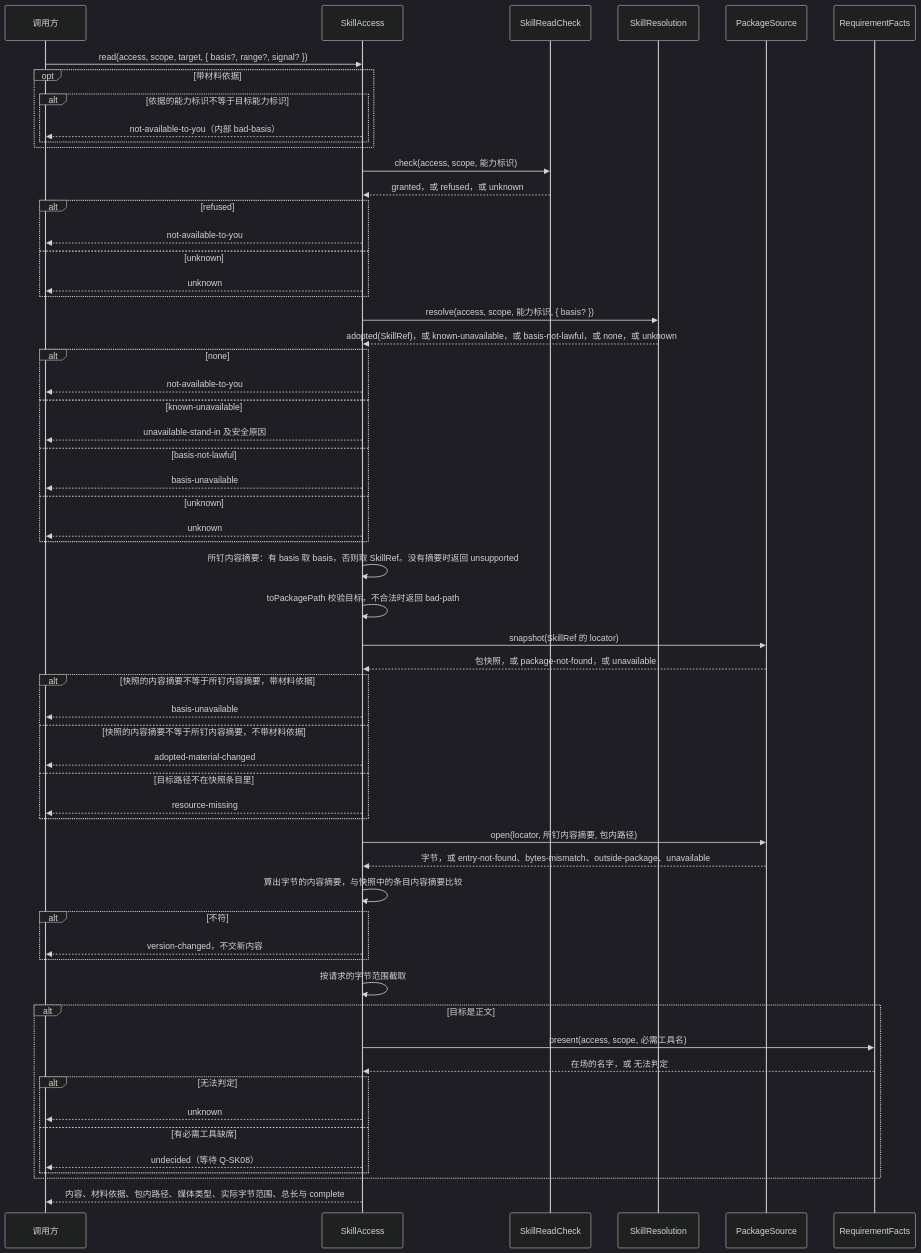
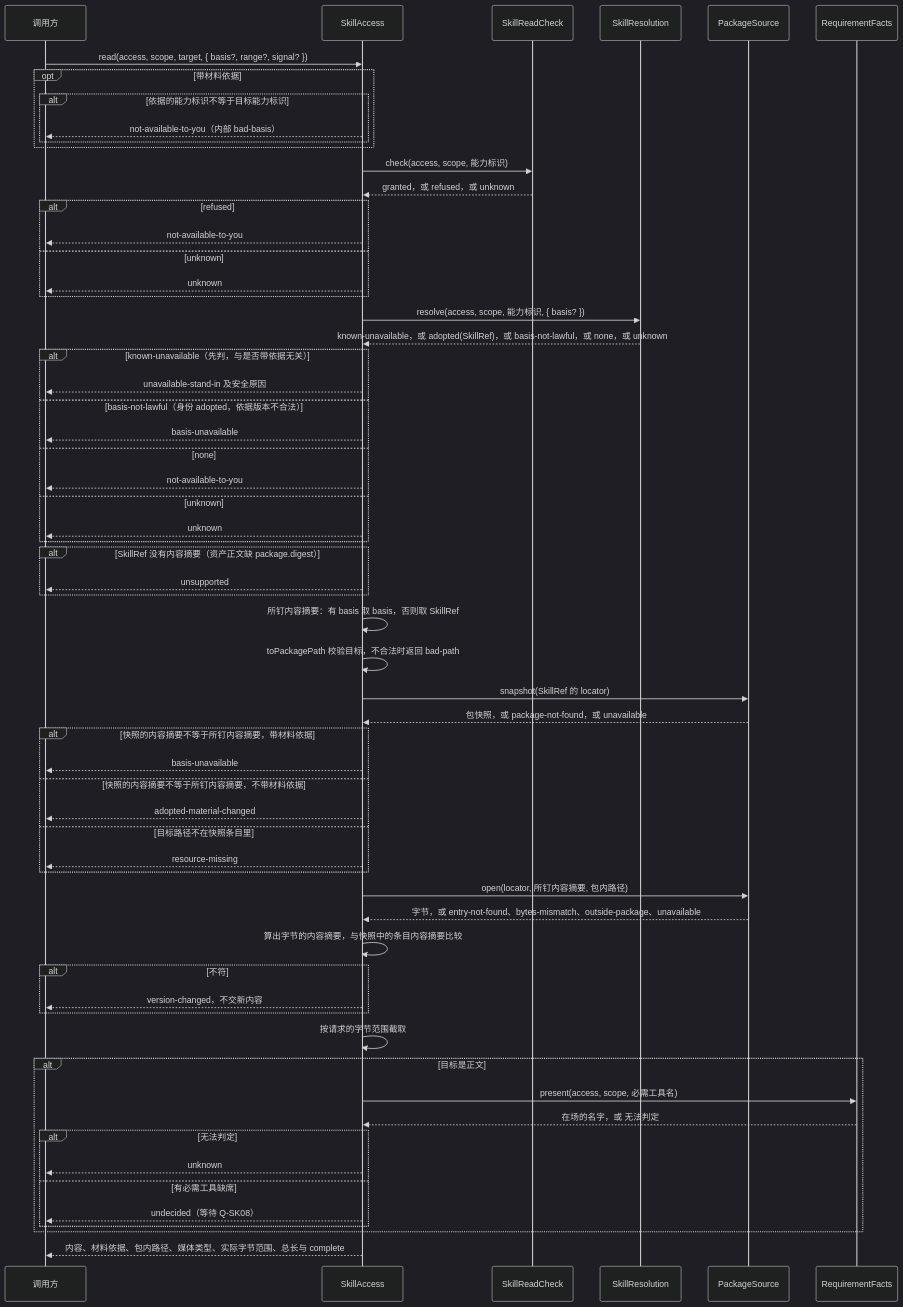
Before and after one commit to nemori-ai/omne-harness-lite: the third of 4 diagrams in packages/skills/docs/key-flows.md, drawn with Mermaid (dark theme). The commit also changed other lines of this file and 4 other files, not shown here.

````diff
--- a/packages/skills/docs/key-flows.md
+++ b/packages/skills/docs/key-flows.md
@@ -41,61 +88,64 @@
 ```mermaid
 sequenceDiagram
   participant C as 调用方
   participant A as SkillAccess
   participant E as SkillReadCheck
   participant V as SkillResolution
   participant S as PackageSource
   participant F as RequirementFacts
   C->>A: read(access, scope, target, { basis?, range?, signal? })
   opt 带材料依据
     alt 依据的能力标识不等于目标能力标识
       A-->>C: not-available-to-you（内部 bad-basis）
     end
   end
   A->>E: check(access, scope, 能力标识)
   E-->>A: granted，或 refused，或 unknown
   alt refused
     A-->>C: not-available-to-you
   else unknown
     A-->>C: unknown
   end
   A->>V: resolve(access, scope, 能力标识, { basis? })
-  V-->>A: adopted(SkillRef)，或 known-unavailable，或 basis-not-lawful，或 none，或 unknown
-  alt none
+  V-->>A: known-unavailable，或 adopted(SkillRef)，或 basis-not-lawful，或 none，或 unknown
+  alt known-unavailable（先判，与是否带依据无关）
+    A-->>C: unavailable-stand-in 及安全原因
+  else basis-not-lawful（身份 adopted，依据版本不合法）
+    A-->>C: basis-unavailable
+  else none
     A-->>C: not-available-to-you
-  else known-unavailable
-    A-->>C: unavailable-stand-in 及安全原因
-  else basis-not-lawful
-    A-->>C: basis-unavailable
   else unknown
     A-->>C: unknown
   end
-  A->>A: 所钉内容摘要：有 basis 取 basis，否则取 SkillRef。没有摘要时返回 unsupported
+  alt SkillRef 没有内容摘要（资产正文缺 package.digest）
+    A-->>C: unsupported
+  end
+  A->>A: 所钉内容摘要：有 basis 取 basis，否则取 SkillRef
   A->>A: toPackagePath 校验目标，不合法时返回 bad-path
   A->>S: snapshot(SkillRef 的 locator)
   S-->>A: 包快照，或 package-not-found，或 unavailable
   alt 快照的内容摘要不等于所钉内容摘要，带材料依据
     A-->>C: basis-unavailable
   else 快照的内容摘要不等于所钉内容摘要，不带材料依据
     A-->>C: adopted-material-changed
   else 目标路径不在快照条目里
     A-->>C: resource-missing
   end
   A->>S: open(locator, 所钉内容摘要, 包内路径)
   S-->>A: 字节，或 entry-not-found、bytes-mismatch、outside-package、unavailable
   A->>A: 算出字节的内容摘要，与快照中的条目内容摘要比较
   alt 不符
     A-->>C: version-changed，不交新内容
   end
   A->>A: 按请求的字节范围截取
   alt 目标是正文
     A->>F: present(access, scope, 必需工具名)
     F-->>A: 在场的名字，或 无法判定
     alt 无法判定
       A-->>C: unknown
     else 有必需工具缺席
       A-->>C: undecided（等待 Q-SK08）
     end
   end
   A-->>C: 内容、材料依据、包内路径、媒体类型、实际字节范围、总长与 complete
 ```
````
